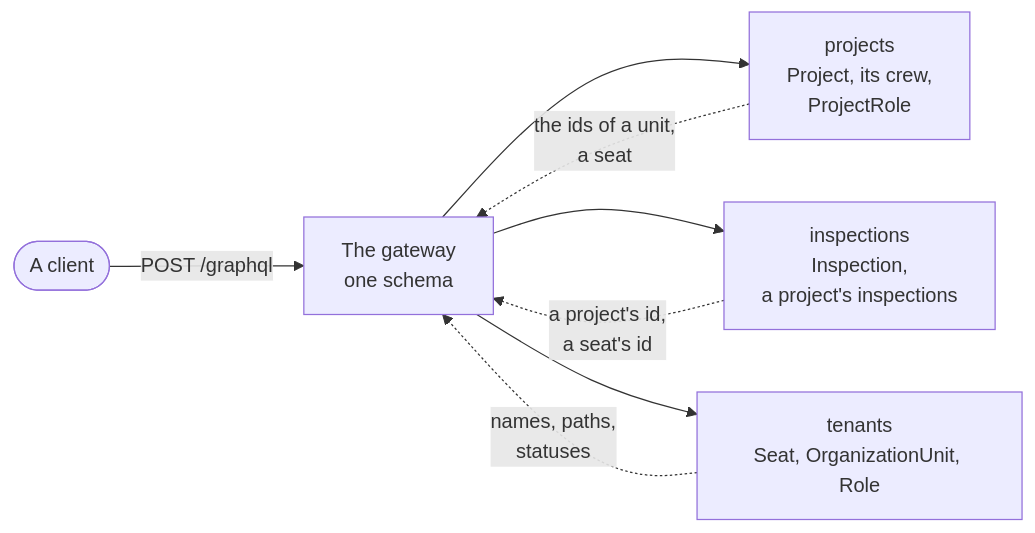
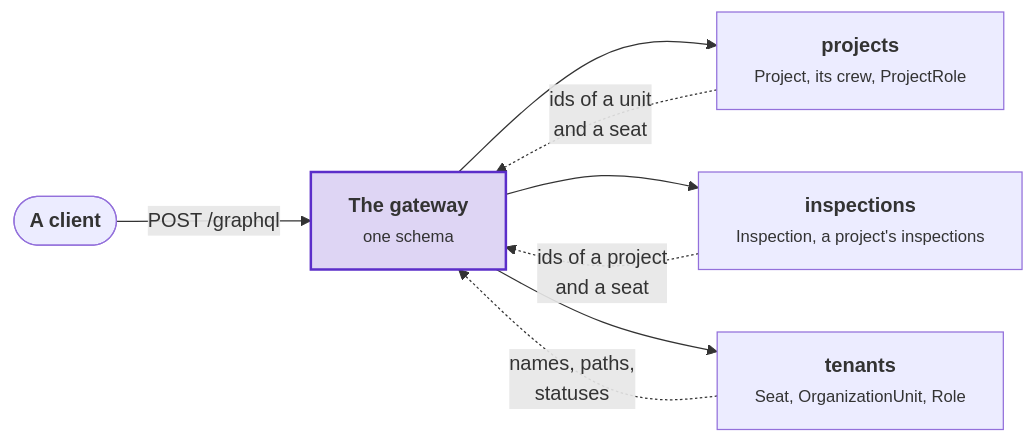
One commit to DylanSnel/DDDToolkit changed the first of 2 diagrams in docs/tenancy/sample/graphql.md. Above: the diagram before and after it, drawn with Mermaid. The commit also changed other lines of this file and 24 other files, not shown here.

First line of the commit message:
Docs: plain prose and readable diagrams for Tenancy and Membership

````diff
--- a/docs/tenancy/sample/graphql.md
+++ b/docs/tenancy/sample/graphql.md
@@ -21,10 +24,17 @@
 ```mermaid
 flowchart LR
-    Client([A client]) -->|"POST /graphql"| Gateway["The gateway<br/>one schema"]
-    Gateway --> Projects["projects<br/>Project, its crew,<br/>ProjectRole"]
-    Gateway --> Inspections["inspections<br/>Inspection,<br/>a project's inspections"]
-    Gateway --> Tenants["tenants<br/>Seat, OrganizationUnit, Role"]
-    Inspections -.->|"a project's id,<br/>a seat's id"| Gateway
-    Projects -.->|"the ids of a unit,<br/>a seat"| Gateway
-    Tenants -.->|"names, paths,<br/>statuses"| Gateway
+    client(["<b>A client</b>"])
+    gateway["<b>The gateway</b><br/><small>one schema</small>"]
+    projects["<b>projects</b><br/><small>Project, its crew, ProjectRole</small>"]
+    inspections["<b>inspections</b><br/><small>Inspection, a project's inspections</small>"]
+    tenants["<b>tenants</b><br/><small>Seat, OrganizationUnit, Role</small>"]
+    client -->|"POST /graphql"| gateway
+    gateway --> projects
+    gateway --> inspections
+    gateway --> tenants
+    inspections -.->|"ids of a project<br/>and a seat"| gateway
+    projects -.->|"ids of a unit<br/>and a seat"| gateway
+    tenants -.->|"names, paths,<br/>statuses"| gateway
+    classDef strong fill:#5b2ec933,stroke:#5b2ec9,stroke-width:2px
+    class gateway strong
 ```
````
